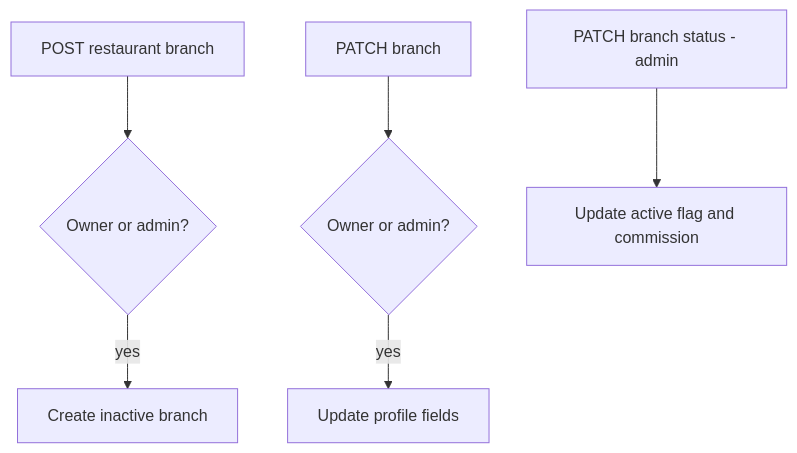
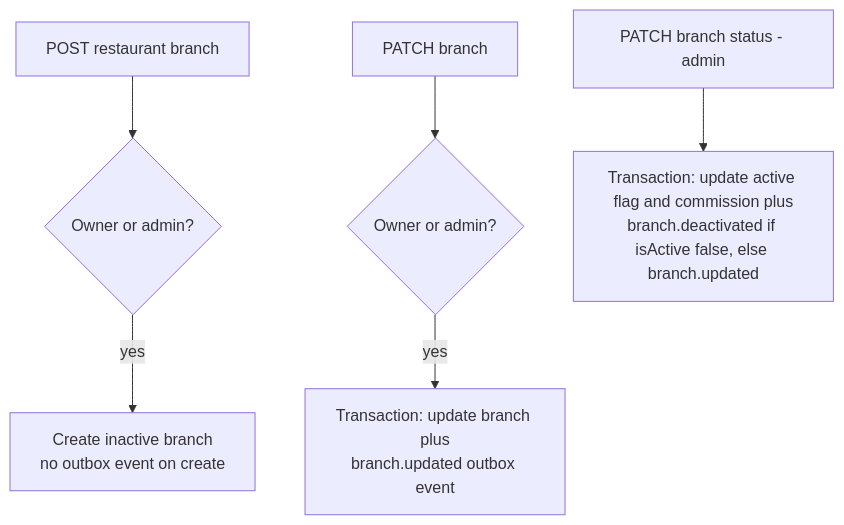
The third of 4 diagrams in docs/business-logic/branch.md (ZiadAmin-Dev/core-service), drawn with Mermaid before and after one commit. The commit also changed other lines of this file and 3 other files, not shown here.

Commit message:
docs(business-logic): update outbox emission flows for product, branch, restaurant modules

````diff
--- a/docs/business-logic/branch.md
+++ b/docs/business-logic/branch.md
@@ -32,8 +32,8 @@
 ```mermaid
 flowchart TD
     CB[POST restaurant branch] --> OWN1{Owner or admin?}
-    OWN1 -->|yes| NEW[Create inactive branch]
+    OWN1 -->|yes| NEW[Create inactive branch<br/>no outbox event on create]
     UB[PATCH branch] --> OWN2{Owner or admin?}
-    OWN2 -->|yes| UPD[Update profile fields]
-    SB[PATCH branch status - admin] --> ST[Update active flag and commission]
+    OWN2 -->|yes| UPTRX[Transaction: update branch plus<br/>branch.updated outbox event]
+    SB[PATCH branch status - admin] --> STX[Transaction: update active flag and commission plus<br/>branch.deactivated if isActive false, else branch.updated]
 ```
````
